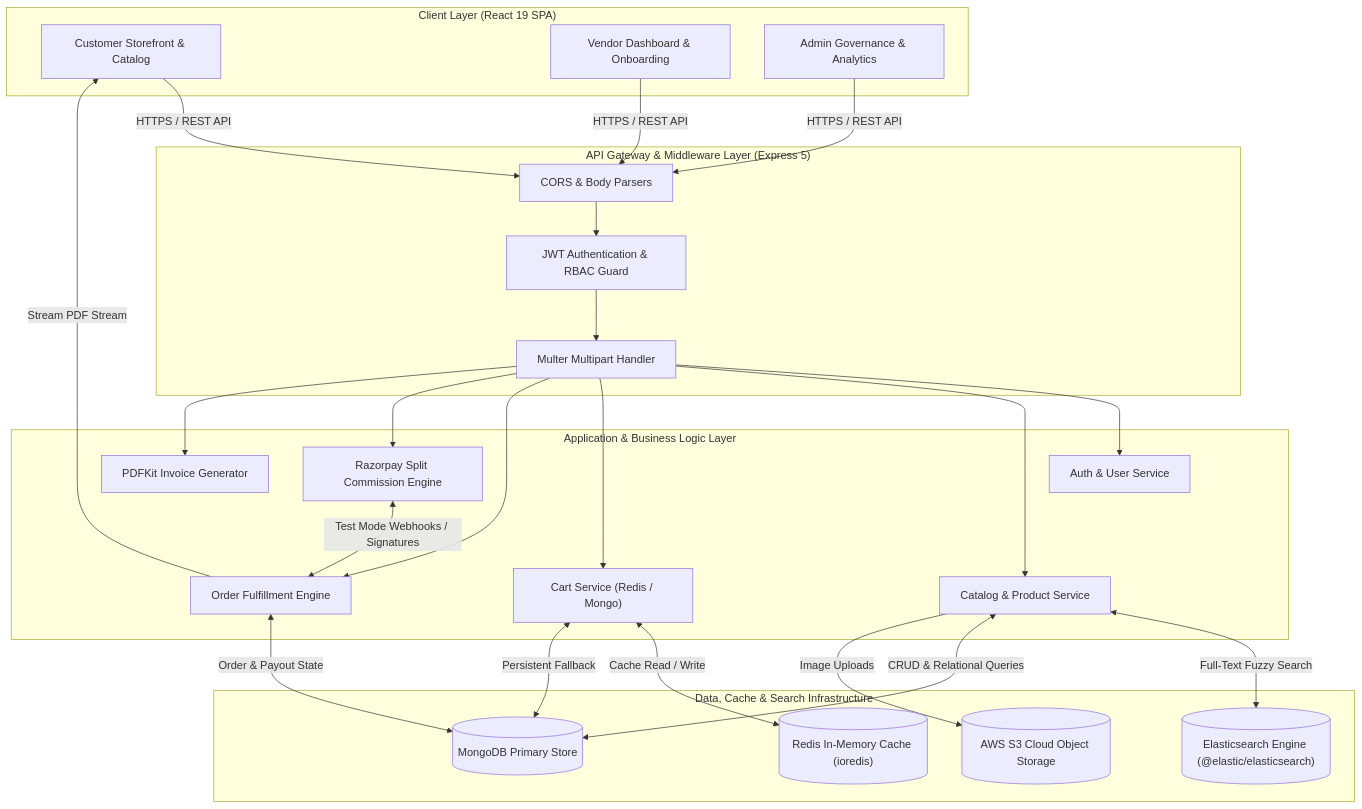
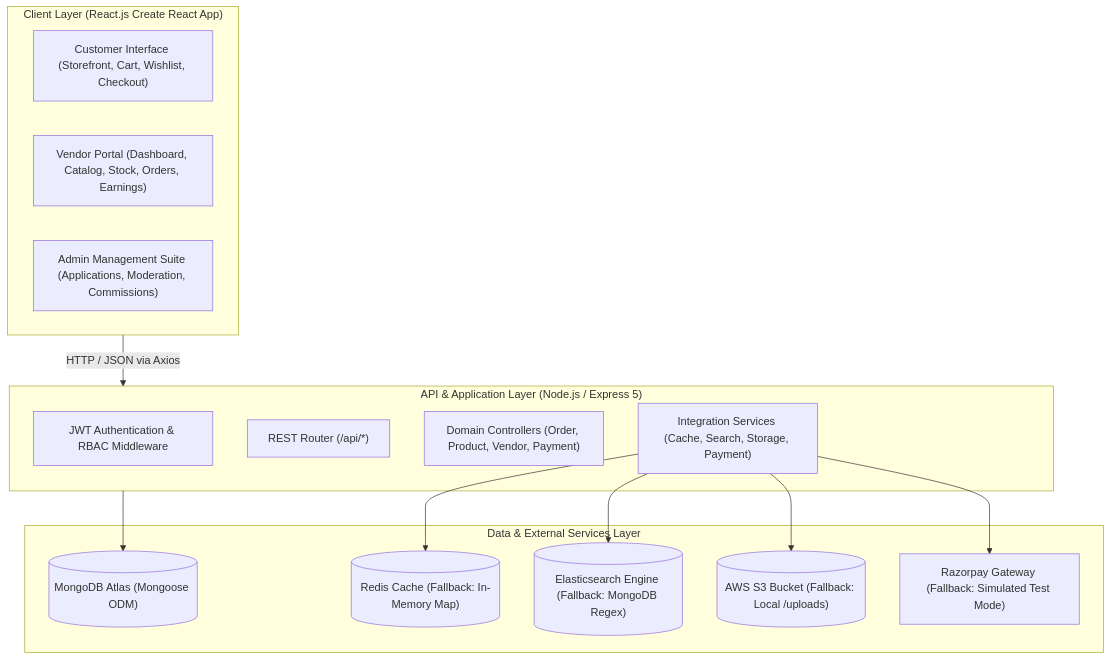
The first of 2 diagrams in docs/architecture.md (AnujUttam/Vendora), drawn with Mermaid before and after one commit. The commit also changed other lines of this file and 61 other files, not shown here.

Commit message:
feat(marketplace): complete full-stack Vendora platform with multi-vendor architecture, categories, wishlist, merchant storefronts, and atlas dns resilience

````diff
--- a/docs/architecture.md
+++ b/docs/architecture.md
@@ -15,53 +9,30 @@
 ```mermaid
 flowchart TD
-    subgraph ClientLayer ["Client Layer (React 19 SPA)"]
-        UI_Customer["Customer Storefront & Catalog"]
-        UI_Vendor["Vendor Dashboard & Onboarding"]
-        UI_Admin["Admin Governance & Analytics"]
+    subgraph Client ["Client Layer (React.js Create React App)"]
+        UI_Customer["Customer Interface (Storefront, Cart, Wishlist, Checkout)"]
+        UI_Vendor["Vendor Portal (Dashboard, Catalog, Stock, Orders, Earnings)"]
+        UI_Admin["Admin Management Suite (Applications, Moderation, Commissions)"]
     end
 
-    subgraph GatewayLayer ["API Gateway & Middleware Layer (Express 5)"]
-        CORS["CORS & Body Parsers"]
-        JWT_Auth["JWT Authentication & RBAC Guard"]
-        Upload_MW["Multer Multipart Handler"]
+    subgraph Gateway ["API & Application Layer (Node.js / Express 5)"]
+        AuthMiddleware["JWT Authentication & RBAC Middleware"]
+        Router["REST Router (/api/*)"]
+        Controllers["Domain Controllers (Order, Product, Vendor, Payment)"]
+        Services["Integration Services (Cache, Search, Storage, Payment)"]
     end
 
-    subgraph CoreServices ["Application & Business Logic Layer"]
-        Auth_Service["Auth & User Service"]
-        Catalog_Service["Catalog & Product Service"]
-        Cart_Service["Cart Service (Redis / Mongo)"]
-        Order_Service["Order Fulfillment Engine"]
-        Payment_Service["Razorpay Split Commission Engine"]
-        Invoice_Service["PDFKit Invoice Generator"]
+    subgraph DataIntegrations ["Data & External Services Layer"]
+        MongoDB[("MongoDB Atlas (Mongoose ODM)")]
+        RedisCache[("Redis Cache (Fallback: In-Memory Map)")]
+        Elasticsearch[("Elasticsearch Engine (Fallback: MongoDB Regex)")]
+        S3Storage[("AWS S3 Bucket (Fallback: Local /uploads)")]
+        RazorpayGateway["Razorpay Gateway (Fallback: Simulated Test Mode)"]
     end
 
-    subgraph DataLayer ["Data, Cache & Search Infrastructure"]
-        MongoDB[("MongoDB Primary Store")]
-        Redis[("Redis In-Memory Cache (ioredis)")]
-        Elasticsearch[("Elasticsearch Engine (@elastic/elasticsearch)")]
-        S3[("AWS S3 Cloud Object Storage")]
-    end
-
-    UI_Customer -->|HTTPS / REST API| CORS
-    UI_Vendor -->|HTTPS / REST API| CORS
-    UI_Admin -->|HTTPS / REST API| CORS
-
-    CORS --> JWT_Auth
-    JWT_Auth --> Upload_MW
-
-    Upload_MW --> Auth_Service
-    Upload_MW --> Catalog_Service
-    Upload_MW --> Cart_Service
-    Upload_MW --> Order_Service
-    Upload_MW --> Payment_Service
-    Upload_MW --> Invoice_Service
-
-    Cart_Service <-->|Cache Read / Write| Redis
-    Cart_Service <-->|Persistent Fallback| MongoDB
-    Catalog_Service <-->|Full-Text Fuzzy Search| Elasticsearch
-    Catalog_Service <-->|CRUD & Relational Queries| MongoDB
-    Catalog_Service -->|Image Uploads| S3
-    Order_Service <-->|Order & Payout State| MongoDB
-    Order_Service -->|Stream PDF Stream| UI_Customer
-    Payment_Service <-->|Test Mode Webhooks / Signatures| Order_Service
+    Client -->|HTTP / JSON via Axios| Gateway
+    Gateway --> MongoDB
+    Services --> RedisCache
+    Services --> Elasticsearch
+    Services --> S3Storage
+    Services --> RazorpayGateway
 ```
````
